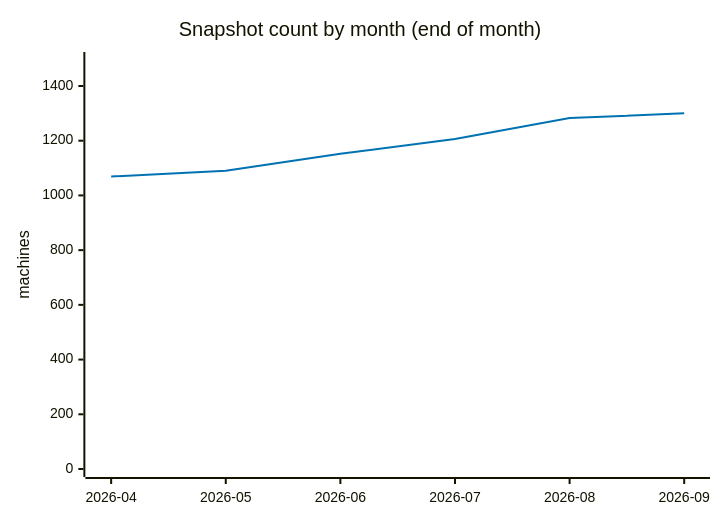
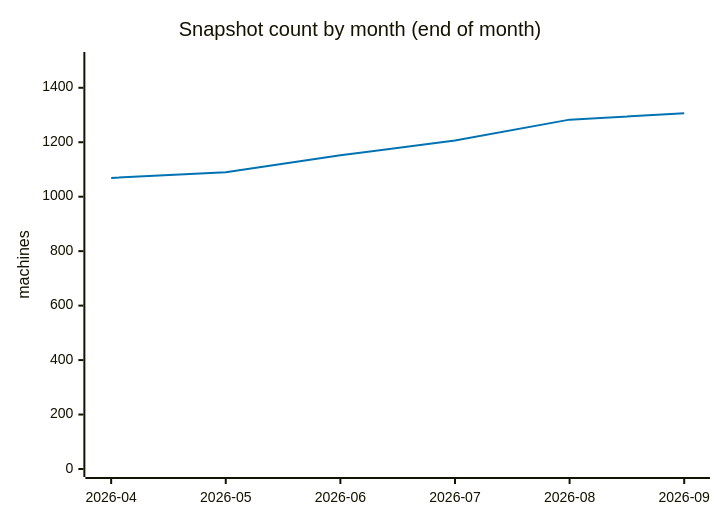
Before and after one commit to cheeaun/returnright-data: the sixth of 7 diagrams in ANALYSIS.md, drawn with Mermaid. The commit also changed other lines of this file and 3 other files, not shown here.

````diff
--- a/ANALYSIS.md
+++ b/ANALYSIS.md
@@ -291,13 +292,13 @@
 ```mermaid
 ---
 config:
   themeVariables:
     xyChart:
       plotColorPalette: "#0072B2"
 ---
 xychart-beta
     title "Snapshot count by month (end of month)"
     x-axis ["2026-04", "2026-05", "2026-06", "2026-07", "2026-08", "2026-09"]
-    y-axis "machines" 0 --> 1495
-    line [1069, 1090, 1152, 1206, 1283, 1300]
+    y-axis "machines" 0 --> 1502
+    line [1069, 1090, 1152, 1206, 1283, 1306]
 ```
````
